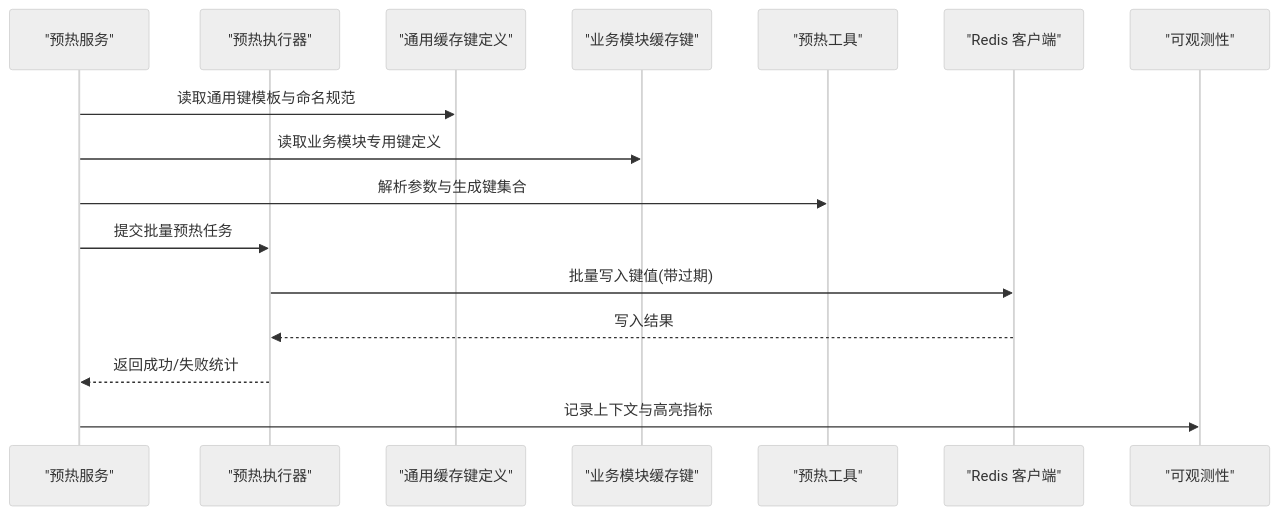
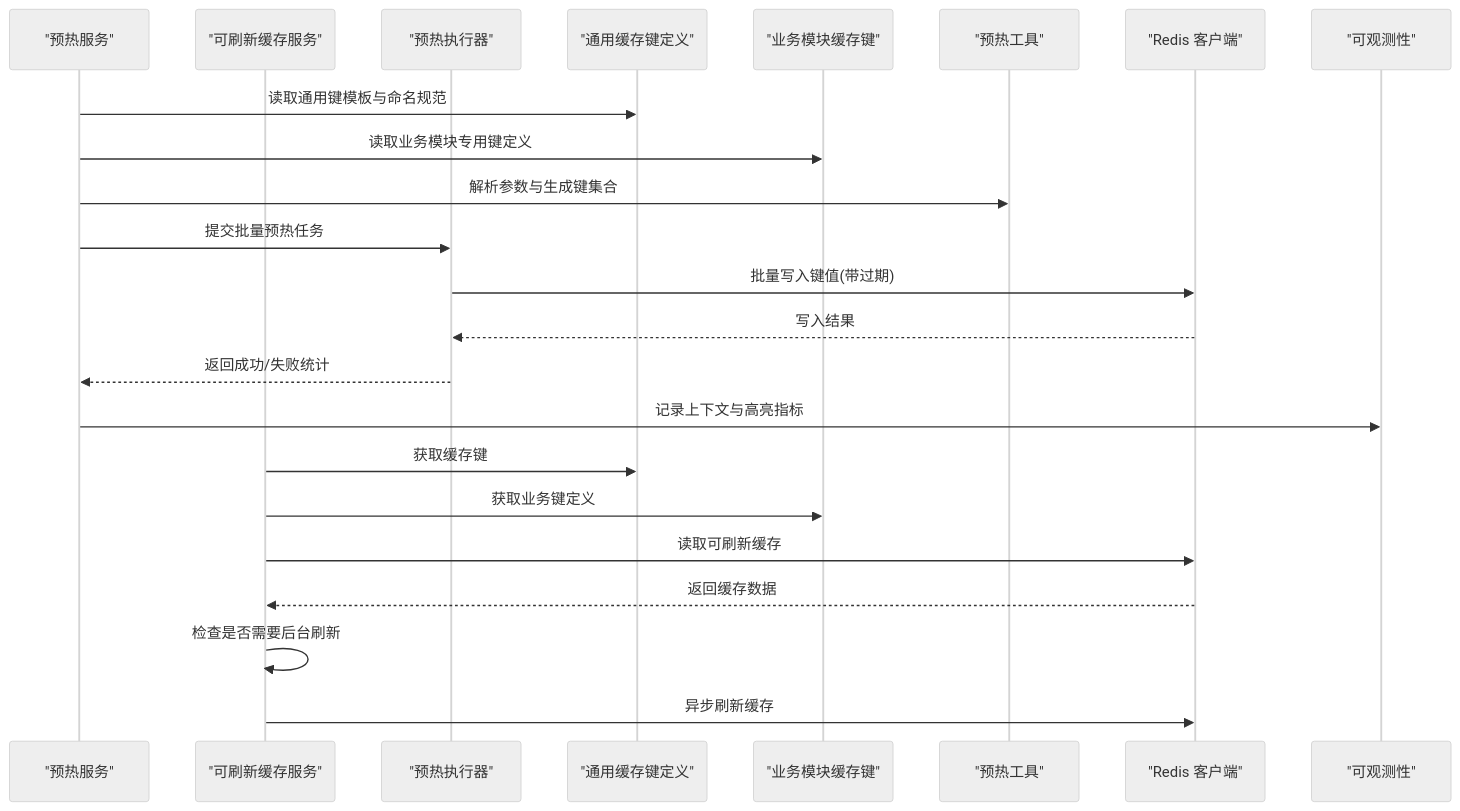
Before and after one commit to rc558620/purelyprofit-server: the second of 4 diagrams in .qoder/repowiki/zh/content/缓存系统/缓存策略设计.md, drawn with Mermaid (neutral theme). The commit also changed other lines of this file and 80 other files, not shown here.

````diff
--- a/.qoder/repowiki/zh/content/缓存系统/缓存策略设计.md
+++ b/.qoder/repowiki/zh/content/缓存系统/缓存策略设计.md
@@ -156,18 +174,25 @@
 ```mermaid
 sequenceDiagram
 participant Svc as "预热服务"
+participant RCS as "可刷新缓存服务"
 participant Exec as "预热执行器"
 participant Keys as "通用缓存键定义"
 participant BKeys as "业务模块缓存键"
 participant Utils as "预热工具"
 participant Redis as "Redis 客户端"
 participant Obs as "可观测性"
 Svc->>Keys : 读取通用键模板与命名规范
 Svc->>BKeys : 读取业务模块专用键定义
 Svc->>Utils : 解析参数与生成键集合
 Svc->>Exec : 提交批量预热任务
 Exec->>Redis : 批量写入键值(带过期)
 Redis-->>Exec : 写入结果
 Exec-->>Svc : 返回成功/失败统计
 Svc->>Obs : 记录上下文与高亮指标
+RCS->>Keys : 获取缓存键
+RCS->>BKeys : 获取业务键定义
+RCS->>Redis : 读取可刷新缓存
+Redis-->>RCS : 返回缓存数据
+RCS->>RCS : 检查是否需要后台刷新
+RCS->>Redis : 异步刷新缓存
 ```
````
